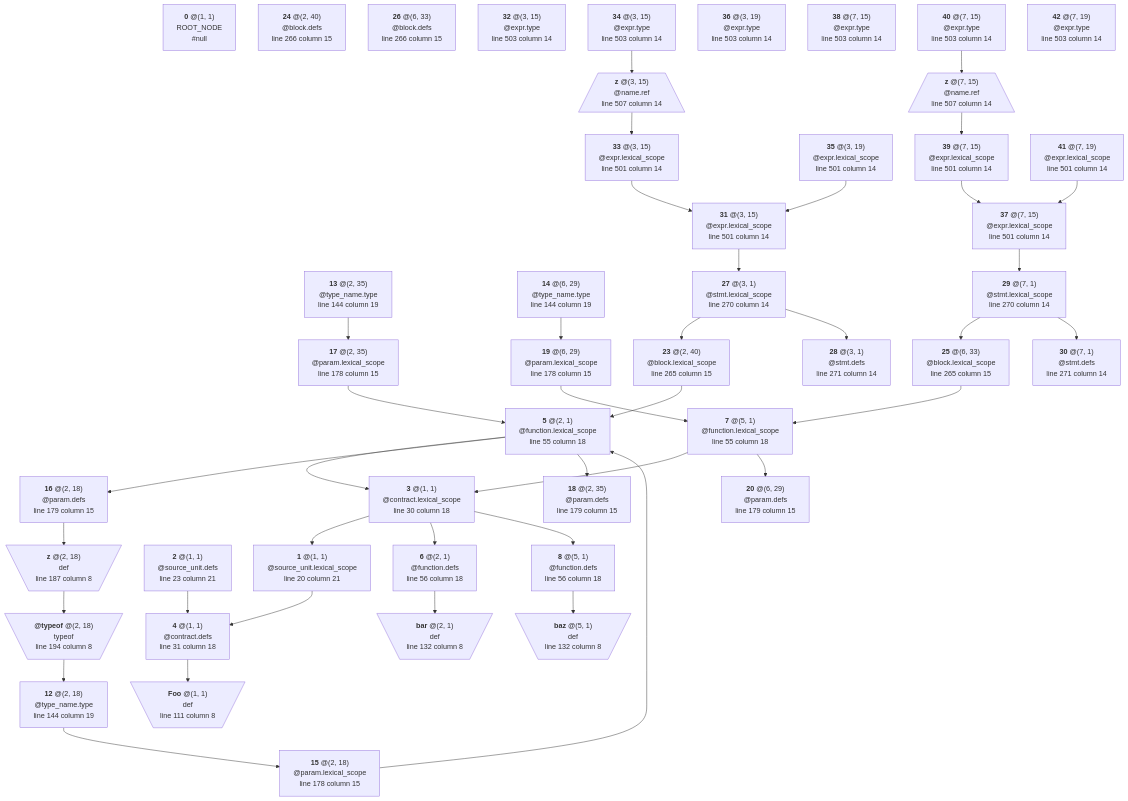
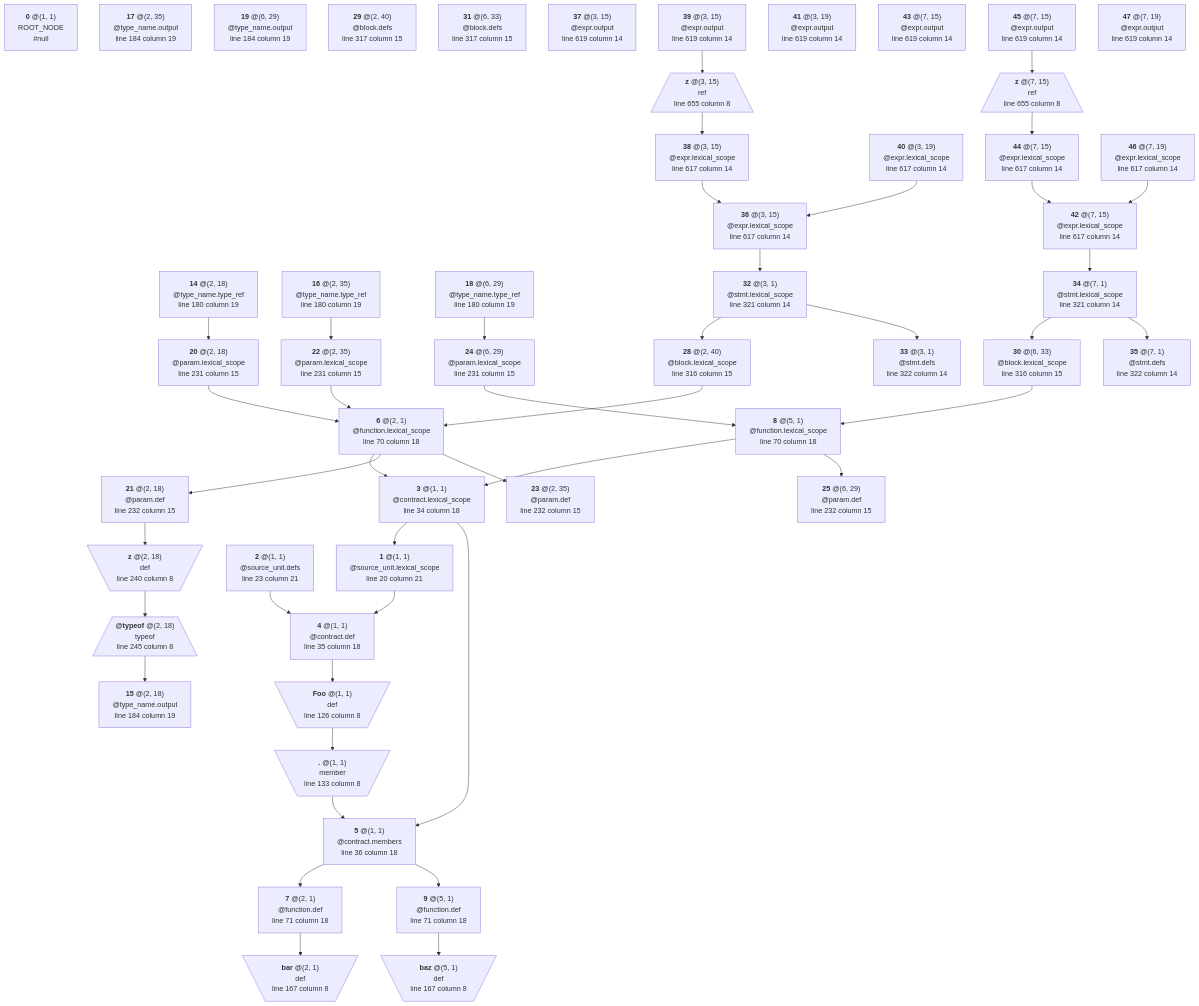
One commit to manastech/slang changed the diagram in crates/solidity/testing/snapshots/bindings_output/lexical/params/generated/0.5.0.mmd. Above: the diagram before and after it, drawn with Mermaid. The commit also changed 39 other files, not shown here.

First line of the commit message:
Bindings for structs and refactor contract/libs/ifaces members rules

```diff
--- a/crates/solidity/testing/snapshots/bindings_output/lexical/params/generated/0.5.0.mmd
+++ b/crates/solidity/testing/snapshots/bindings_output/lexical/params/generated/0.5.0.mmd
@@ -1,176 +1,194 @@
 %% This file is generated automatically by infrastructure scripts. Please don't edit by hand.
 
 graph TD
 	N0["`**0** @(1, 1)
 ROOT_NODE
 #null`"]
 	N1["`**1** @(1, 1)
 @source_unit.lexical_scope
 line 20 column 21`"]
 	N1 --> N4
 	N2["`**2** @(1, 1)
 @source_unit.defs
 line 23 column 21`"]
 	N2 --> N4
 	N3["`**3** @(1, 1)
 @contract.lexical_scope
-line 30 column 18`"]
+line 34 column 18`"]
 	N3 --> N1
-	N3 --> N6
-	N3 --> N8
+	N3 --> N5
 	N4["`**4** @(1, 1)
-@contract.defs
-line 31 column 18`"]
-	N4 --> N9
-	N5["`**5** @(2, 1)
+@contract.def
+line 35 column 18`"]
+	N4 --> N10
+	N5["`**5** @(1, 1)
+@contract.members
+line 36 column 18`"]
+	N5 --> N7
+	N5 --> N9
+	N6["`**6** @(2, 1)
 @function.lexical_scope
-line 55 column 18`"]
-	N5 --> N3
-	N5 --> N16
-	N5 --> N18
-	N6["`**6** @(2, 1)
-@function.defs
-line 56 column 18`"]
-	N6 --> N10
-	N7["`**7** @(5, 1)
+line 70 column 18`"]
+	N6 --> N3
+	N6 --> N21
+	N6 --> N23
+	N7["`**7** @(2, 1)
+@function.def
+line 71 column 18`"]
+	N7 --> N12
+	N8["`**8** @(5, 1)
 @function.lexical_scope
-line 55 column 18`"]
-	N7 --> N3
-	N7 --> N20
-	N8["`**8** @(5, 1)
-@function.defs
-line 56 column 18`"]
-	N8 --> N11
-	N9[\"`**Foo** @(1, 1)
+line 70 column 18`"]
+	N8 --> N3
+	N8 --> N25
+	N9["`**9** @(5, 1)
+@function.def
+line 71 column 18`"]
+	N9 --> N13
+	N10[\"`**Foo** @(1, 1)
 def
-line 111 column 8`"/]
-	N10[\"`**bar** @(2, 1)
+line 126 column 8`"/]
+	N10 --> N11
+	N11[\"`**.** @(1, 1)
+member
+line 133 column 8`"/]
+	N11 --> N5
+	N12[\"`**bar** @(2, 1)
 def
-line 132 column 8`"/]
-	N11[\"`**baz** @(5, 1)
+line 167 column 8`"/]
+	N13[\"`**baz** @(5, 1)
 def
-line 132 column 8`"/]
-	N12["`**12** @(2, 18)
-@type_name.type
-line 144 column 19`"]
-	N12 --> N15
-	N13["`**13** @(2, 35)
-@type_name.type
-line 144 column 19`"]
-	N13 --> N17
-	N14["`**14** @(6, 29)
-@type_name.type
-line 144 column 19`"]
-	N14 --> N19
+line 167 column 8`"/]
+	N14["`**14** @(2, 18)
+@type_name.type_ref
+line 180 column 19`"]
+	N14 --> N20
 	N15["`**15** @(2, 18)
+@type_name.output
+line 184 column 19`"]
+	N16["`**16** @(2, 35)
+@type_name.type_ref
+line 180 column 19`"]
+	N16 --> N22
+	N17["`**17** @(2, 35)
+@type_name.output
+line 184 column 19`"]
+	N18["`**18** @(6, 29)
+@type_name.type_ref
+line 180 column 19`"]
+	N18 --> N24
+	N19["`**19** @(6, 29)
+@type_name.output
+line 184 column 19`"]
+	N20["`**20** @(2, 18)
 @param.lexical_scope
-line 178 column 15`"]
-	N15 --> N5
-	N16["`**16** @(2, 18)
-@param.defs
-line 179 column 15`"]
-	N16 --> N21
-	N17["`**17** @(2, 35)
+line 231 column 15`"]
+	N20 --> N6
+	N21["`**21** @(2, 18)
+@param.def
+line 232 column 15`"]
+	N21 --> N26
+	N22["`**22** @(2, 35)
 @param.lexical_scope
-line 178 column 15`"]
-	N17 --> N5
-	N18["`**18** @(2, 35)
-@param.defs
-line 179 column 15`"]
-	N19["`**19** @(6, 29)
+line 231 column 15`"]
+	N22 --> N6
+	N23["`**23** @(2, 35)
+@param.def
+line 232 column 15`"]
+	N24["`**24** @(6, 29)
 @param.lexical_scope
-line 178 column 15`"]
-	N19 --> N7
-	N20["`**20** @(6, 29)
-@param.defs
-line 179 column 15`"]
-	N21[\"`**z** @(2, 18)
+line 231 column 15`"]
+	N24 --> N8
+	N25["`**25** @(6, 29)
+@param.def
+line 232 column 15`"]
+	N26[\"`**z** @(2, 18)
 def
-line 187 column 8`"/]
-	N21 --> N22
-	N22[\"`**@typeof** @(2, 18)
+line 240 column 8`"/]
+	N26 --> N27
+	N27[/"`**@typeof** @(2, 18)
 typeof
-line 194 column 8`"/]
-	N22 --> N12
-	N23["`**23** @(2, 40)
+line 245 column 8`"\]
+	N27 --> N15
+	N28["`**28** @(2, 40)
 @block.lexical_scope
-line 265 column 15`"]
-	N23 --> N5
-	N24["`**24** @(2, 40)
+line 316 column 15`"]
+	N28 --> N6
+	N29["`**29** @(2, 40)
 @block.defs
-line 266 column 15`"]
-	N25["`**25** @(6, 33)
+line 317 column 15`"]
+	N30["`**30** @(6, 33)
 @block.lexical_scope
-line 265 column 15`"]
-	N25 --> N7
-	N26["`**26** @(6, 33)
+line 316 column 15`"]
+	N30 --> N8
+	N31["`**31** @(6, 33)
 @block.defs
-line 266 column 15`"]
-	N27["`**27** @(3, 1)
+line 317 column 15`"]
+	N32["`**32** @(3, 1)
 @stmt.lexical_scope
-line 270 column 14`"]
-	N27 --> N23
-	N27 --> N28
-	N28["`**28** @(3, 1)
+line 321 column 14`"]
+	N32 --> N28
+	N32 --> N33
+	N33["`**33** @(3, 1)
 @stmt.defs
-line 271 column 14`"]
-	N29["`**29** @(7, 1)
+line 322 column 14`"]
+	N34["`**34** @(7, 1)
 @stmt.lexical_scope
-line 270 column 14`"]
-	N29 --> N25
-	N29 --> N30
-	N30["`**30** @(7, 1)
+line 321 column 14`"]
+	N34 --> N30
+	N34 --> N35
+	N35["`**35** @(7, 1)
 @stmt.defs
-line 271 column 14`"]
-	N31["`**31** @(3, 15)
+line 322 column 14`"]
+	N36["`**36** @(3, 15)
 @expr.lexical_scope
-line 501 column 14`"]
-	N31 --> N27
-	N32["`**32** @(3, 15)
-@expr.type
-line 503 column 14`"]
-	N33["`**33** @(3, 15)
+line 617 column 14`"]
+	N36 --> N32
+	N37["`**37** @(3, 15)
+@expr.output
+line 619 column 14`"]
+	N38["`**38** @(3, 15)
 @expr.lexical_scope
-line 501 column 14`"]
-	N33 --> N31
-	N34["`**34** @(3, 15)
-@expr.type
-line 503 column 14`"]
-	N34 --> N43
-	N35["`**35** @(3, 19)
+line 617 column 14`"]
+	N38 --> N36
+	N39["`**39** @(3, 15)
+@expr.output
+line 619 column 14`"]
+	N39 --> N48
+	N40["`**40** @(3, 19)
 @expr.lexical_scope
-line 501 column 14`"]
-	N35 --> N31
-	N36["`**36** @(3, 19)
-@expr.type
-line 503 column 14`"]
-	N37["`**37** @(7, 15)
+line 617 column 14`"]
+	N40 --> N36
+	N41["`**41** @(3, 19)
+@expr.output
+line 619 column 14`"]
+	N42["`**42** @(7, 15)
 @expr.lexical_scope
-line 501 column 14`"]
-	N37 --> N29
-	N38["`**38** @(7, 15)
-@expr.type
-line 503 column 14`"]
-	N39["`**39** @(7, 15)
+line 617 column 14`"]
+	N42 --> N34
+	N43["`**43** @(7, 15)
+@expr.output
+line 619 column 14`"]
+	N44["`**44** @(7, 15)
 @expr.lexical_scope
-line 501 column 14`"]
-	N39 --> N37
-	N40["`**40** @(7, 15)
-@expr.type
-line 503 column 14`"]
-	N40 --> N44
-	N41["`**41** @(7, 19)
+line 617 column 14`"]
+	N44 --> N42
+	N45["`**45** @(7, 15)
+@expr.output
+line 619 column 14`"]
+	N45 --> N49
+	N46["`**46** @(7, 19)
 @expr.lexical_scope
-line 501 column 14`"]
-	N41 --> N37
-	N42["`**42** @(7, 19)
-@expr.type
-line 503 column 14`"]
-	N43[/"`**z** @(3, 15)
-@name.ref
-line 507 column 14`"\]
-	N43 --> N33
-	N44[/"`**z** @(7, 15)
-@name.ref
-line 507 column 14`"\]
-	N44 --> N39
+line 617 column 14`"]
+	N46 --> N42
+	N47["`**47** @(7, 19)
+@expr.output
+line 619 column 14`"]
+	N48[/"`**z** @(3, 15)
+ref
+line 655 column 8`"\]
+	N48 --> N38
+	N49[/"`**z** @(7, 15)
+ref
+line 655 column 8`"\]
+	N49 --> N44
```
